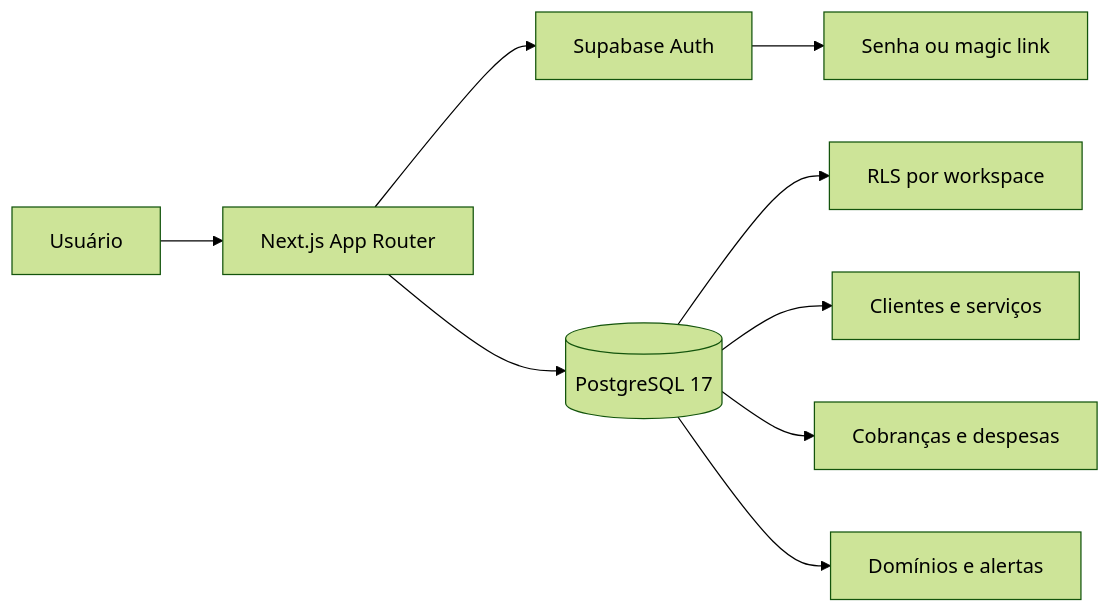
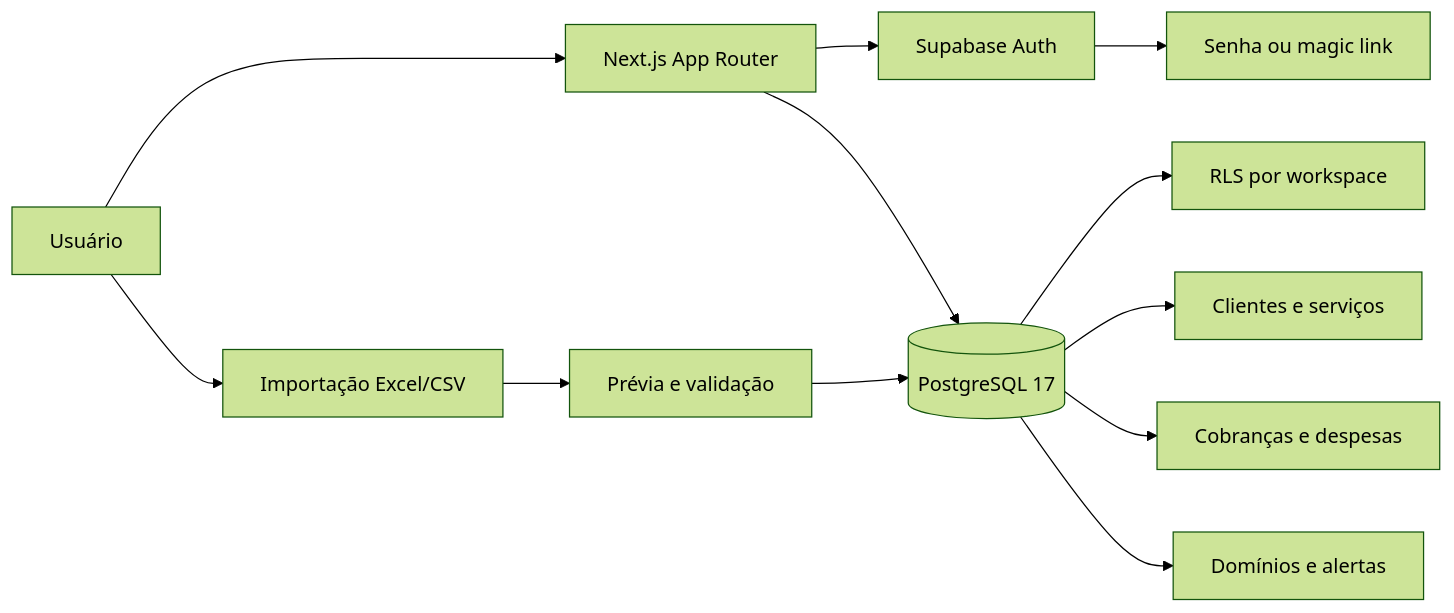
One commit to RDEsley/Fate-Light changed the diagram in README.md. Above: the diagram before and after it, drawn with Mermaid (forest theme). The commit also changed other lines of this file and 8 other files, not shown here.

````diff
--- a/README.md
+++ b/README.md
@@ -94,11 +123,14 @@
 ```mermaid
 flowchart LR
     U[Usuário] --> N[Next.js App Router]
     N --> A[Supabase Auth]
     N --> D[(PostgreSQL 17)]
     A --> M[Senha ou magic link]
     D --> R[RLS por workspace]
     D --> F[Clientes e serviços]
     D --> C[Cobranças e despesas]
     D --> O[Domínios e alertas]
+    U --> I[Importação Excel/CSV]
+    I --> V[Prévia e validação]
+    V --> D
 ```
````
